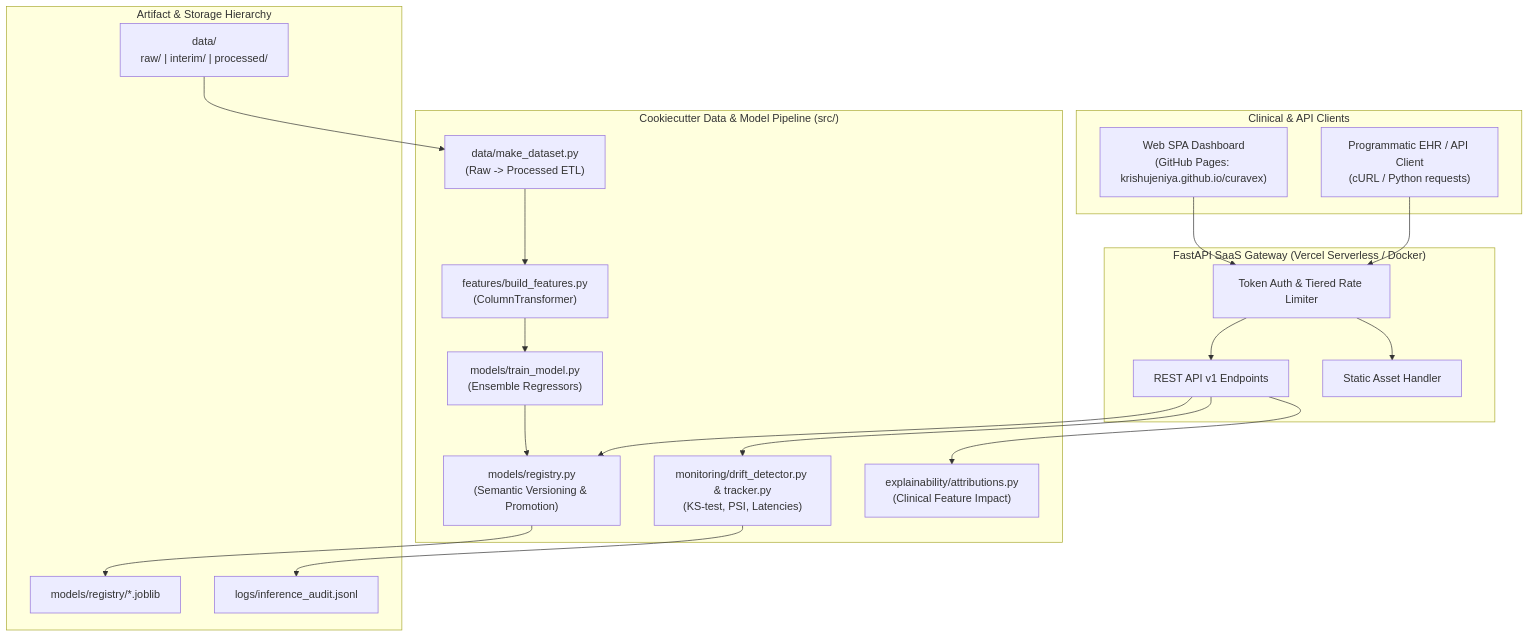
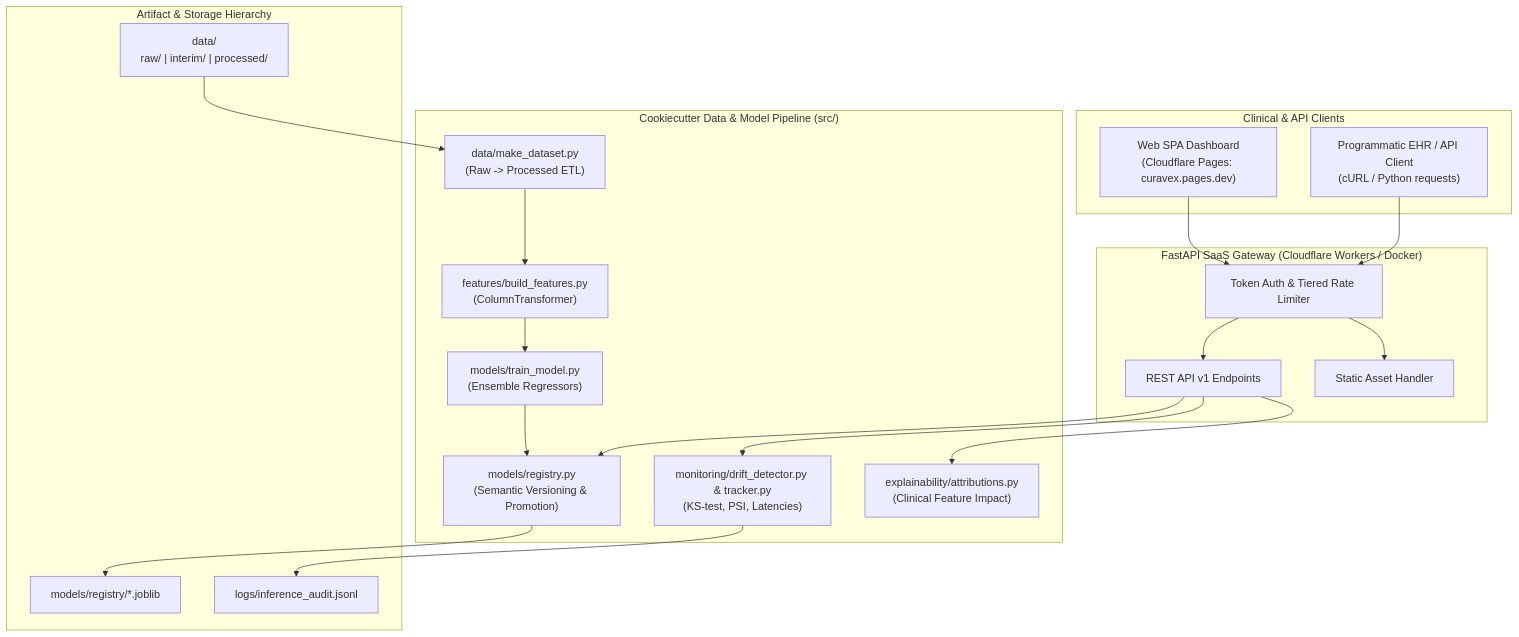
One commit to krishujeniya/curavex changed the diagram in README.md. Above: the diagram before and after it, drawn with Mermaid. The commit also changed other lines of this file and 8 other files, not shown here.

````diff
--- a/README.md
+++ b/README.md
@@ -26,33 +26,33 @@
 ```mermaid
 flowchart TD
     subgraph Client["Clinical & API Clients"]
-        UI["Web SPA Dashboard<br/>(GitHub Pages: krishujeniya.github.io/curavex)"]
+        UI["Web SPA Dashboard<br/>(Cloudflare Pages: curavex.pages.dev)"]
         API_CLIENT["Programmatic EHR / API Client<br/>(cURL / Python requests)"]
     end
 
     subgraph CCDS_Pipeline["Cookiecutter Data & Model Pipeline (src/)"]
         DATA_IN["data/make_dataset.py<br/>(Raw -> Processed ETL)"]
         FEAT["features/build_features.py<br/>(ColumnTransformer)"]
         TRAIN["models/train_model.py<br/>(Ensemble Regressors)"]
         REG["models/registry.py<br/>(Semantic Versioning & Promotion)"]
         MON["monitoring/drift_detector.py & tracker.py<br/>(KS-test, PSI, Latencies)"]
         EXP["explainability/attributions.py<br/>(Clinical Feature Impact)"]
     end
 
-    subgraph Serving["FastAPI SaaS Gateway (Vercel Serverless / Docker)"]
+    subgraph Serving["FastAPI SaaS Gateway (Cloudflare Workers / Docker)"]
         AUTH["Token Auth & Tiered Rate Limiter"]
         ROUTERS["REST API v1 Endpoints"]
         STATIC["Static Asset Handler"]
     end
 
     subgraph Storage["Artifact & Storage Hierarchy"]
         DATA_DIR["data/<br/>raw/ | interim/ | processed/"]
         MODELS_DIR["models/registry/*.joblib"]
         LOGS_DIR["logs/inference_audit.jsonl"]
     end
 
     DATA_DIR --> DATA_IN --> FEAT --> TRAIN --> REG --> MODELS_DIR
     UI & API_CLIENT --> AUTH --> ROUTERS & STATIC
     ROUTERS --> REG & MON & EXP
     MON --> LOGS_DIR
 ```
````
